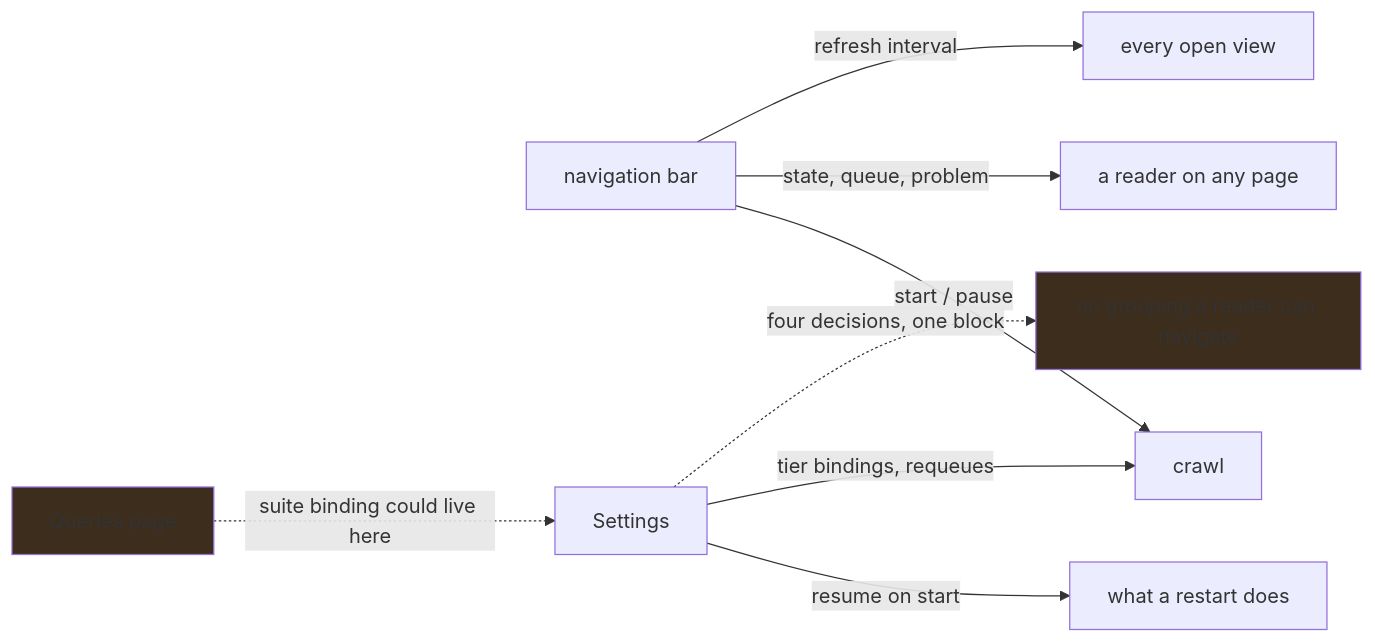
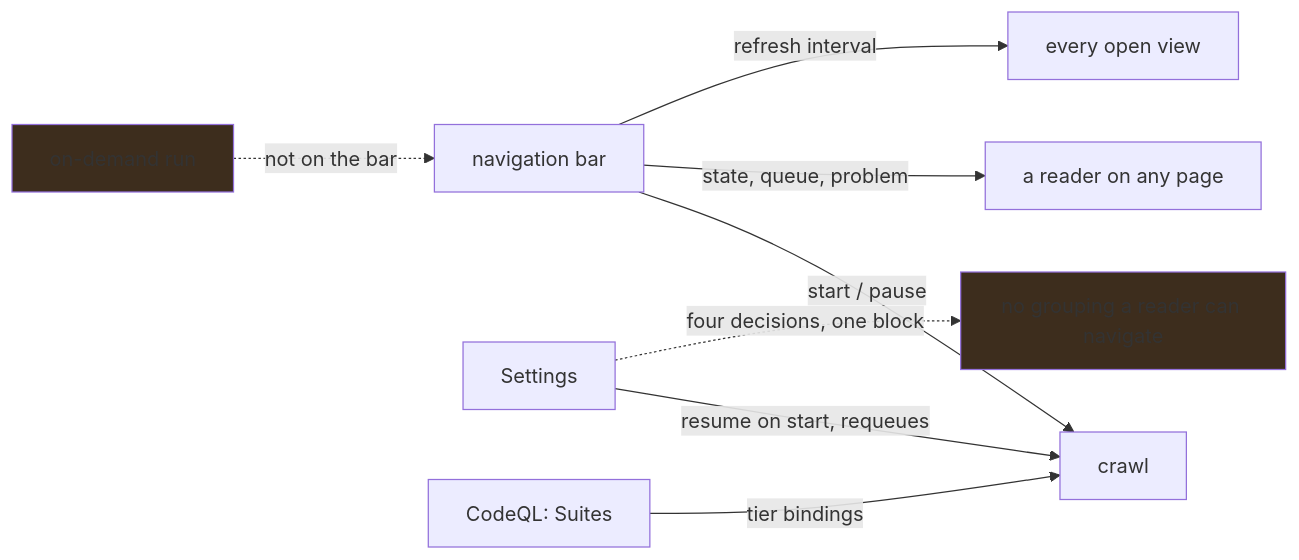
The diagram in plans/ui/crawl-visibility.md (advanced-security/codeql-abom), drawn with Mermaid before and after one commit. The commit also changed other lines of this file and 356 other files, not shown here.

````diff
--- a/plans/ui/crawl-visibility.md
+++ b/plans/ui/crawl-visibility.md
@@ -25,12 +26,12 @@
 ```mermaid
 flowchart LR
     BAR["navigation bar"] -->|"start / pause"| LOOP["crawl"]
     BAR -->|"state, queue, problem"| READER["a reader on any page"]
     BAR -->|"refresh interval"| ALL["every open view"]
-    SET["Settings"] -->|"resume on start"| START["what a restart does"]
-    SET -->|"tier bindings, requeues"| LOOP
+    SET["Settings"] -->|"resume on start, requeues"| LOOP
+    CODEQL["CodeQL: Suites"] -->|"tier bindings"| LOOP
     SET -. "four decisions, one block" .-> SPLIT["no grouping a reader can navigate"]
-    QUERIES["Queries page"] -. "suite binding could live here" .-> SET
+    RUN["on-demand run"] -. "not on the bar" .-> BAR
     style SPLIT fill:#3d2d1d
-    style QUERIES fill:#3d2d1d
+    style RUN fill:#3d2d1d
 ```
````
